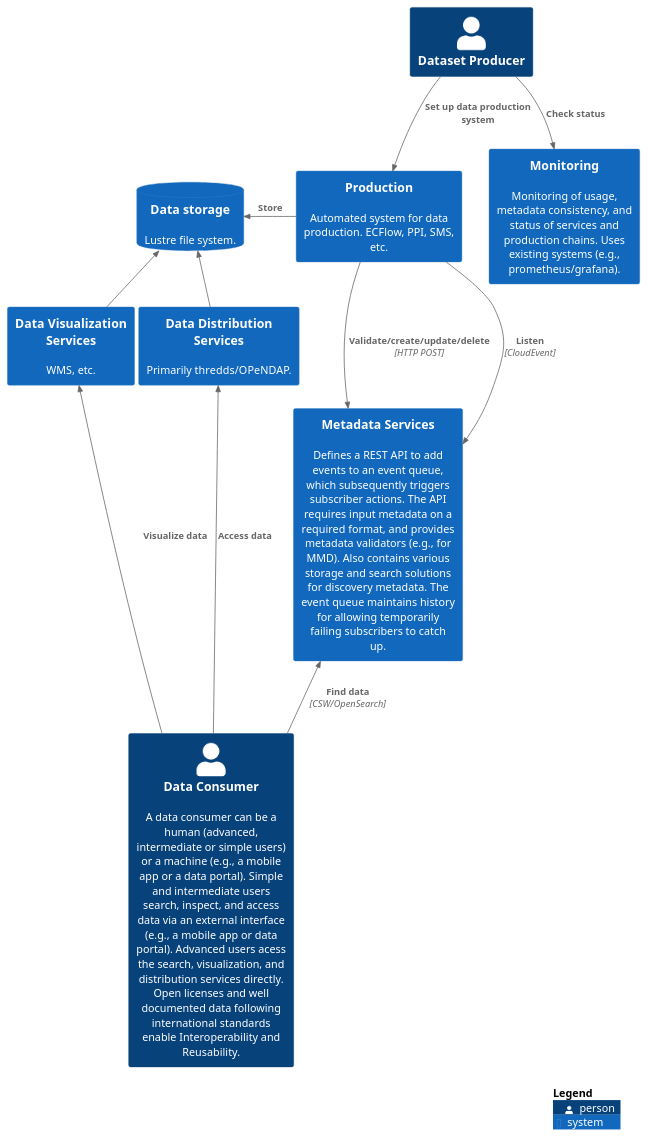
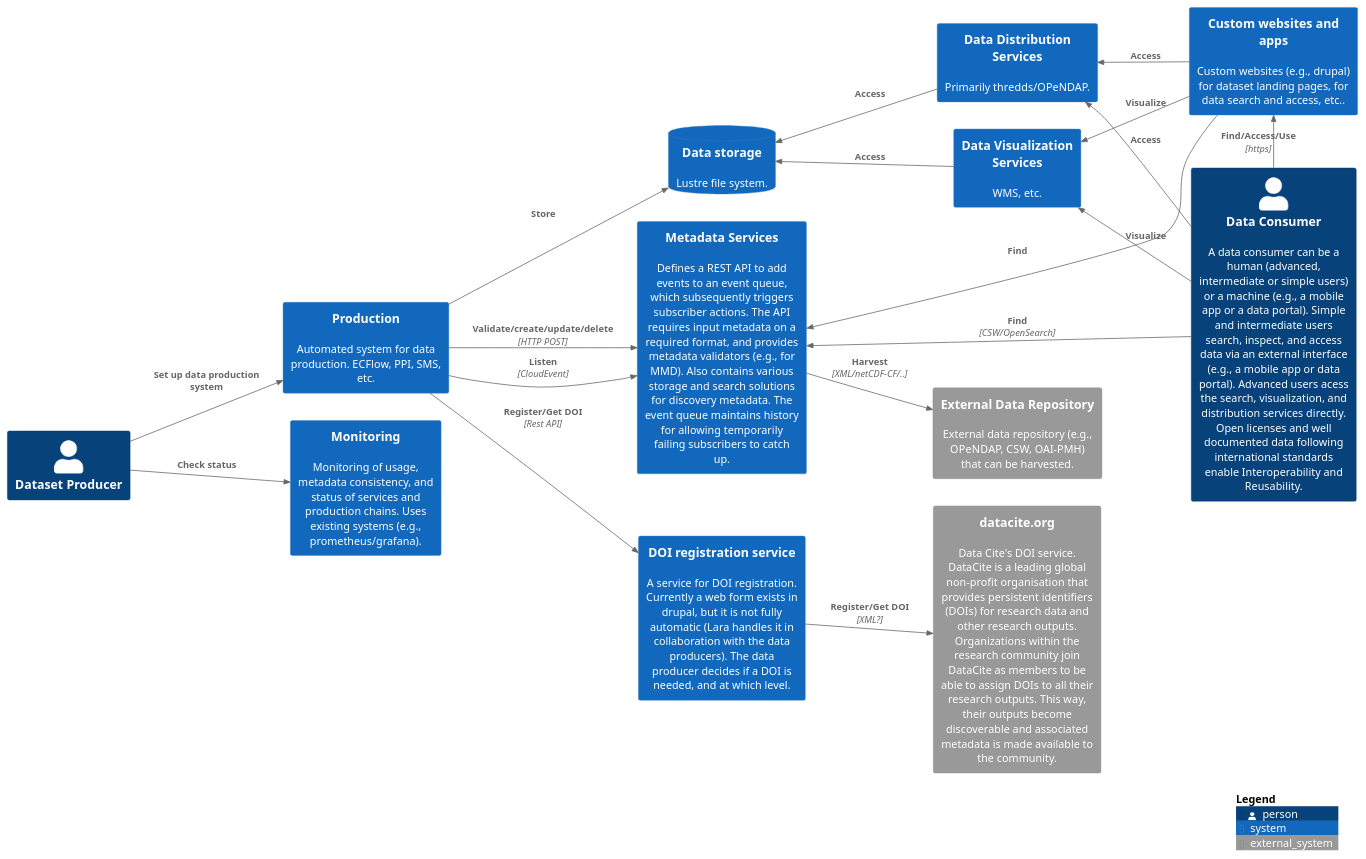
One commit to metno/S-ENDA-documentation changed the diagram in source/puml/architecture/S-ENDA-context-diagram.puml. Above: the diagram before and after it, drawn with PlantUML. The commit also changed 1 other file, not shown here.

Commit message:
#294: MMD2ISO translator only translates. Updated both the context and container diagrams.

```diff
--- a/source/puml/architecture/S-ENDA-context-diagram.puml
+++ b/source/puml/architecture/S-ENDA-context-diagram.puml
@@ -1,59 +1,78 @@
 @startuml S-ENDA-C4-context-diagram
 !include https://raw.githubusercontent.com/plantuml-stdlib/C4-PlantUML/master/C4_Container.puml
 
-LAYOUT_TOP_DOWN()
+'LAYOUT_TOP_DOWN()
+LAYOUT_LEFT_RIGHT()
 
 Person(dataproducer, "Dataset Producer")
 Person(consumers, "Data Consumer", "A data consumer can be a human (advanced, intermediate or simple users) or a machine (e.g., a mobile app or a data portal). Simple and intermediate users search, inspect, and access data via an external interface (e.g., a mobile app or data portal). Advanced users acess the search, visualization, and distribution services directly. Open licenses and well documented data following international standards enable Interoperability and Reusability.")
 
 'Boundary(consumers, "Data Consumers"){
 '  Person(advanced, "Advanced")
 '  Person(intermediate, "Intermediate")
 '  Person(simple, "Simple")
 '
 '  System_Ext(extportals, "Portals", "External portals harvest metadata on various standards, and present data in customized ways. Can also prepare data delivery (e.g., with basket solution).")
 '  System_Ext(apps, "Web/mobile apps", "External apps present data in customized ways.")
 '
 '  Rel(advanced, extportals, "Search portals", "Web-UI/API")
 '  Rel(intermediate, extportals, "Search portals", "Web-UI/API")
 '  Rel(simple, apps, "Navigates to app", "Web/mobile UI")
 '}
 'Boundary(providers, "Providers") {
 '    Person(dataproducer, "Dataset Producer")
 '    Person(datacurator, "Data curator")
 '    Person(serviceprovider, "Service Provider")
 '}
 
 System(dmservice, "Metadata Services", "Defines a REST API to add events to an event queue, which subsequently triggers subscriber actions. The API requires input metadata on a required format, and provides metadata validators (e.g., for MMD). Also contains various storage and search solutions for discovery metadata. The event queue maintains history for allowing temporarily failing subscribers to catch up.")
 System(productionhub, "Production", "Automated system for data production. ECFlow, PPI, SMS, etc.")
+System(doi, "DOI registration service", "A service for DOI registration. Currently a web form exists in drupal, but it is not fully automatic (Lara handles it in collaboration with the data producers). The data producer decides if a DOI is needed, and at which level.")
 System(dist_systems, "Data Distribution Services", "Primarily thredds/OPeNDAP.")
 System(vis_systems, "Data Visualization Services", "WMS, etc.")
 System(monitoring, "Monitoring", "Monitoring of usage, metadata consistency, and status of services and production chains. Uses existing systems (e.g., prometheus/grafana).")
 SystemDb(lustre, "Data storage", "Lustre file system.")
 
-Rel_U(consumers, dist_systems, "Access data")
-Rel_U(consumers, dmservice, "Find data", "CSW/OpenSearch")
-Rel_U(consumers, vis_systems, "Visualize data")
+System_Ext(datacite, "datacite.org", "Data Cite's DOI service. DataCite is a leading global non-profit organisation that provides persistent identifiers (DOIs) for research data and other research outputs. Organizations within the research community join DataCite as members to be able to assign DOIs to all their research outputs. This way, their outputs become discoverable and associated metadata is made available to the community.")
+System_Ext(ext_repo, "External Data Repository", "External data repository (e.g., OPeNDAP, CSW, OAI-PMH) that can be harvested.")
+
+System(websites, "Custom websites and apps", "Custom websites (e.g., drupal) for dataset landing pages, for data search and access, etc..")
+'The UUID landing pages are created dynamically from MMD that is read from SOLR. Prefixes/namespaces define the location of the landing pages, and the combination of a namespace and a UUID provides a Persistent IDentifier (PID). Landing pages need to be on a specific and permanent domain, so the address that we choose to use (also relevant for DOIs) can never be changed. We can, e.g., use no.met.adc, no.met.data, no.met.oda but then we need to create the data.met.no and oda.met.no domains and enable dynamic landing pages there.")
+
 'Rel_U(advanced, dist_systems, "Stream data")
 'Rel_U(advanced, dmservice, "Search", "CSW/OpenSearch")
 'Rel_U(advanced, vis_systems, "Visualize data")
 'Rel_U(extportals, dmservice, "Harvest metadata", "CSW")
 'Rel_U(apps, dmservice, "Harvest metadata", "CSW/OpenSearch")
 'Rel_U(apps, vis_systems, "Visualize data")
 'Rel_U(extportals, vis_systems, "Visualize data")
 'Rel_U(extportals, dist_systems, "Stream data")
 
 
 'Rel(providers, dmservice, "Register metadata")
+
+Rel_U(consumers, dist_systems, "Access")
+Rel_U(consumers, dmservice, "Find", "CSW/OpenSearch")
+Rel_U(consumers, vis_systems, "Visualize")
+
 Rel(dataproducer, monitoring, "Check status")
 
 Rel(dataproducer, productionhub, "Set up data production system")
-Rel_L(productionhub, lustre, "Store")
-Rel_L(dist_systems, lustre, "Access")
+Rel(productionhub, lustre, "Store")
+Rel_U(dist_systems, lustre, "Access")
 Rel(productionhub, dmservice, "Validate/create/update/delete", "HTTP POST")
 Rel(productionhub, dmservice, "Listen", "CloudEvent")
-Rel_L(vis_systems, lustre, "Access")
+Rel(productionhub, doi, "Register/Get DOI", "Rest API")
+Rel(doi, datacite, "Register/Get DOI", "XML?")
+Rel_U(vis_systems, lustre, "Access")
+
+Rel(dmservice, ext_repo, "Harvest", "XML/netCDF-CF/..")
+
+Rel_U(websites, dmservice, "Find")
+Rel_U(websites, vis_systems, "Visualize")
+Rel_U(websites, dist_systems, "Access")
+Rel_L(consumers, websites, "Find/Access/Use", "https")
 
 SHOW_LEGEND()
 
 @enduml
```
